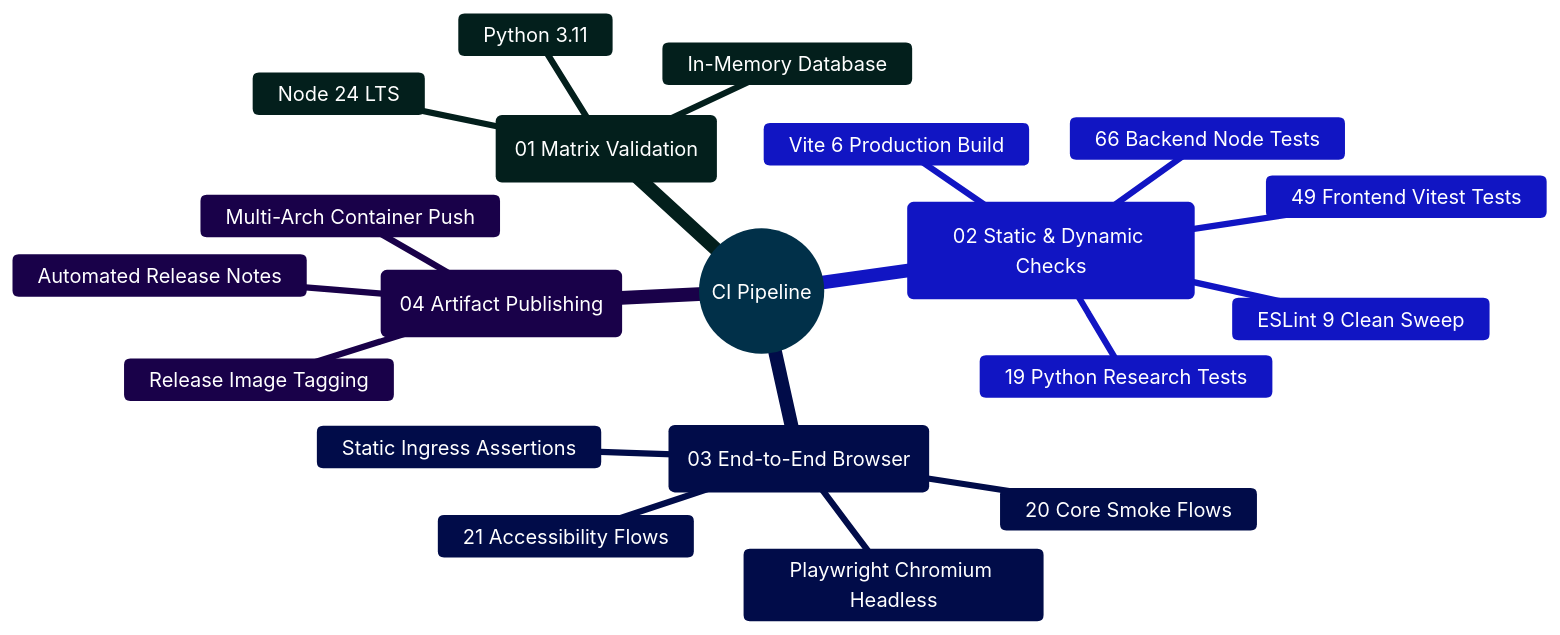
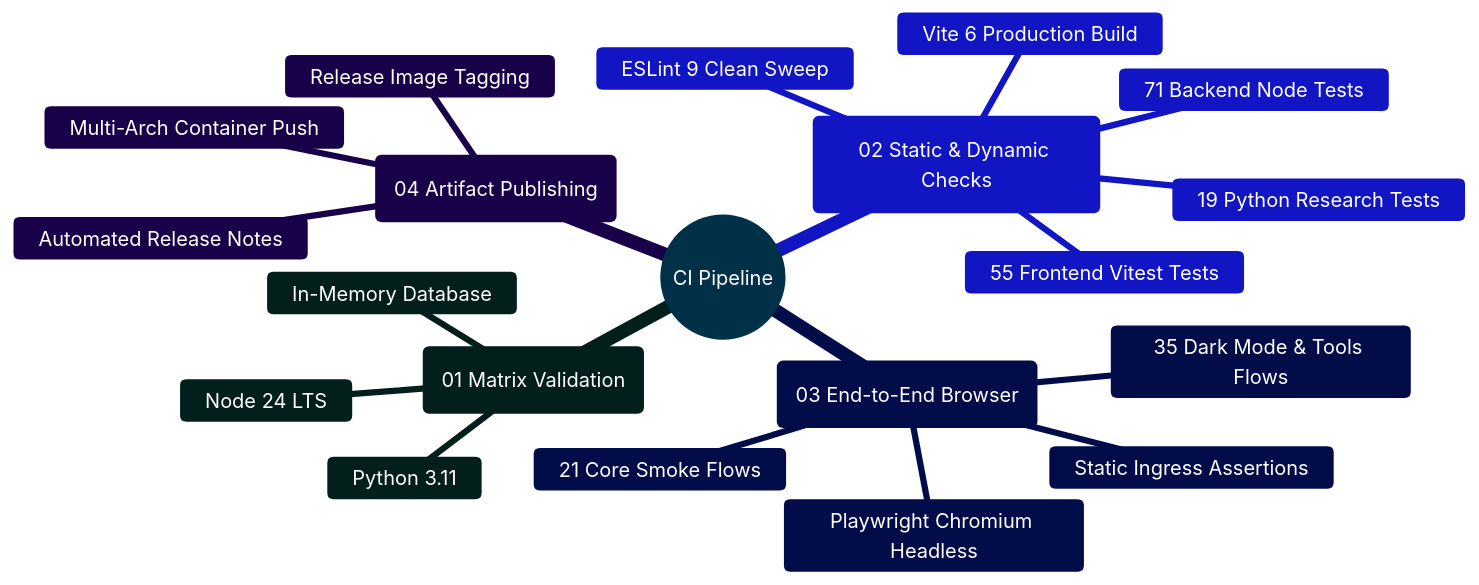
The second of 2 diagrams in output/project-review/PROJECT_ANALYSIS.md (Ganesh172919/React-App-LLM), drawn with Mermaid before and after one commit. The commit also changed other lines of this file and 70 other files, not shown here.

````diff
--- a/output/project-review/PROJECT_ANALYSIS.md
+++ b/output/project-review/PROJECT_ANALYSIS.md
@@ -249,25 +249,25 @@
 ```mermaid
 %%{init: {'theme': 'base', 'themeVariables': { 'primaryColor': '#0284c7', 'primaryTextColor': '#ffffff', 'primaryBorderColor': '#0369a1', 'lineColor': '#0284c7', 'secondaryColor': '#0d9488', 'tertiaryColor': '#6366f1' }}}%%
 mindmap
   root((CI Pipeline))
     ::icon(fa fa-cogs)
     (01 Matrix Validation)
       Node 24 LTS
       Python 3.11
       In-Memory Database
     (02 Static & Dynamic Checks)
       ESLint 9 Clean Sweep
       Vite 6 Production Build
-      66 Backend Node Tests
-      49 Frontend Vitest Tests
+      71 Backend Node Tests
+      55 Frontend Vitest Tests
       19 Python Research Tests
     (03 End-to-End Browser)
       Playwright Chromium Headless
-      20 Core Smoke Flows
-      21 Accessibility Flows
+      21 Core Smoke Flows
+      35 Dark Mode & Tools Flows
       Static Ingress Assertions
     (04 Artifact Publishing)
       Release Image Tagging
       Multi-Arch Container Push
       Automated Release Notes
 ```
````
